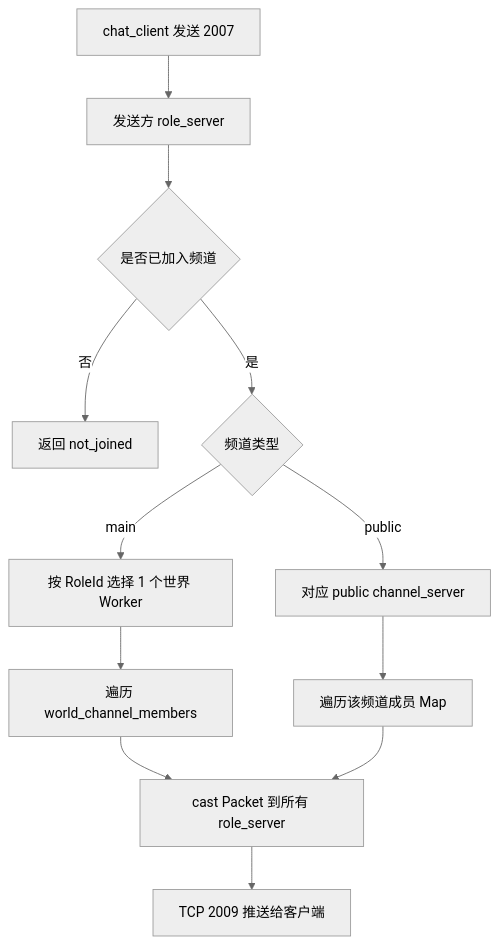
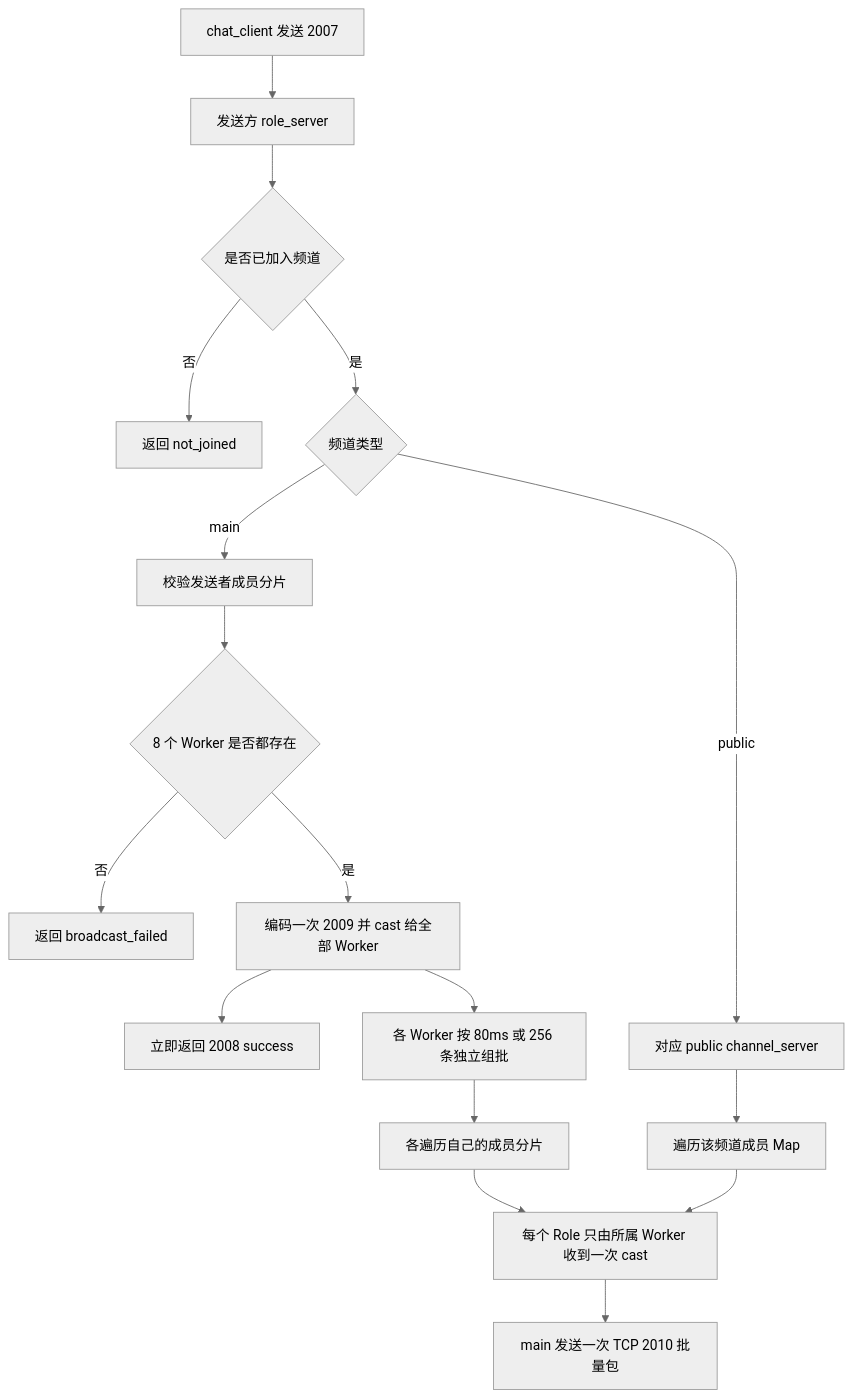
Before and after one commit to chrison18/erlang-game-chat-server: the fourth of 6 diagrams in docs/Chat V1.2 设计文档.md, drawn with Mermaid (neutral theme). The commit also changed other lines of this file and 6 other files, not shown here.

````diff
--- a/docs/Chat V1.2 设计文档.md
+++ b/docs/Chat V1.2 设计文档.md
@@ -108,17 +110,22 @@
 ```mermaid
 flowchart TD
     Client[chat_client 发送 2007] --> Role[发送方 role_server]
     Role --> Check{是否已加入频道}
     Check -->|否| NotJoined[返回 not_joined]
     Check -->|是| Kind{频道类型}
 
-    Kind -->|main| Worker[按 RoleId 选择 1 个世界 Worker]
-    Worker --> WorldETS[遍历 world_channel_members]
-    WorldETS --> TargetRoles[cast Packet 到所有 role_server]
+    Kind -->|main| MainCheck[校验发送者成员分片]
+    MainCheck --> WorkersReady{8 个 Worker 是否都存在}
+    WorkersReady -->|否| Failed[返回 broadcast_failed]
+    WorkersReady -->|是| Publish[编码一次 2009 并 cast 给全部 Worker]
+    Publish --> Result[立即返回 2008 success]
+    Publish --> Batch[各 Worker 按 80ms 或 256 条独立组批]
+    Batch --> WorldETS[各遍历自己的成员分片]
+    WorldETS --> TargetRoles[每个 Role 只由所属 Worker 收到一次 cast]
 
     Kind -->|public| Channel[对应 public channel_server]
     Channel --> Members[遍历该频道成员 Map]
     Members --> TargetRoles
 
-    TargetRoles --> Push[TCP 2009 推送给客户端]
+    TargetRoles --> Push[main 发送一次 TCP 2010 批量包]
 ```
````
